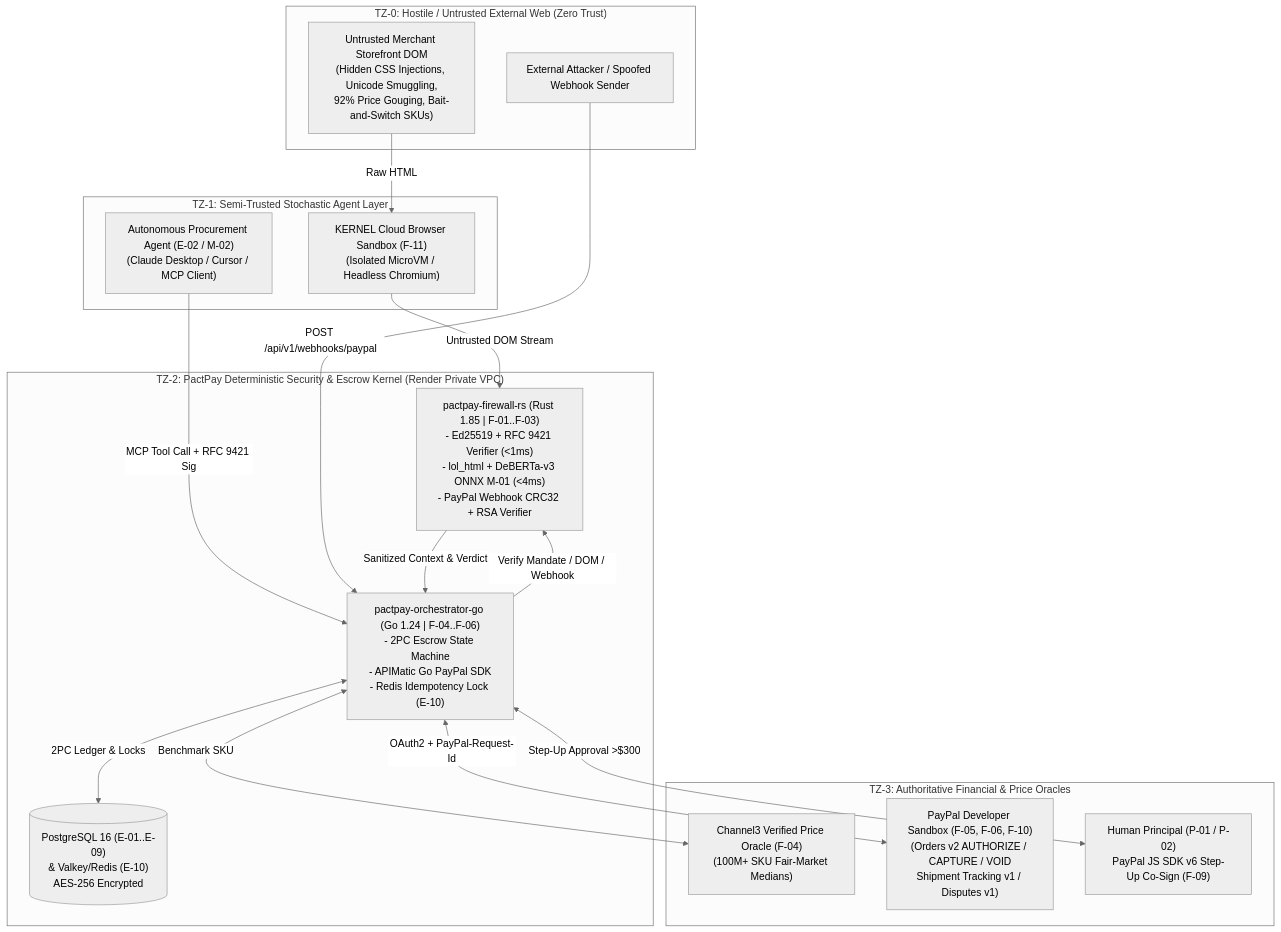
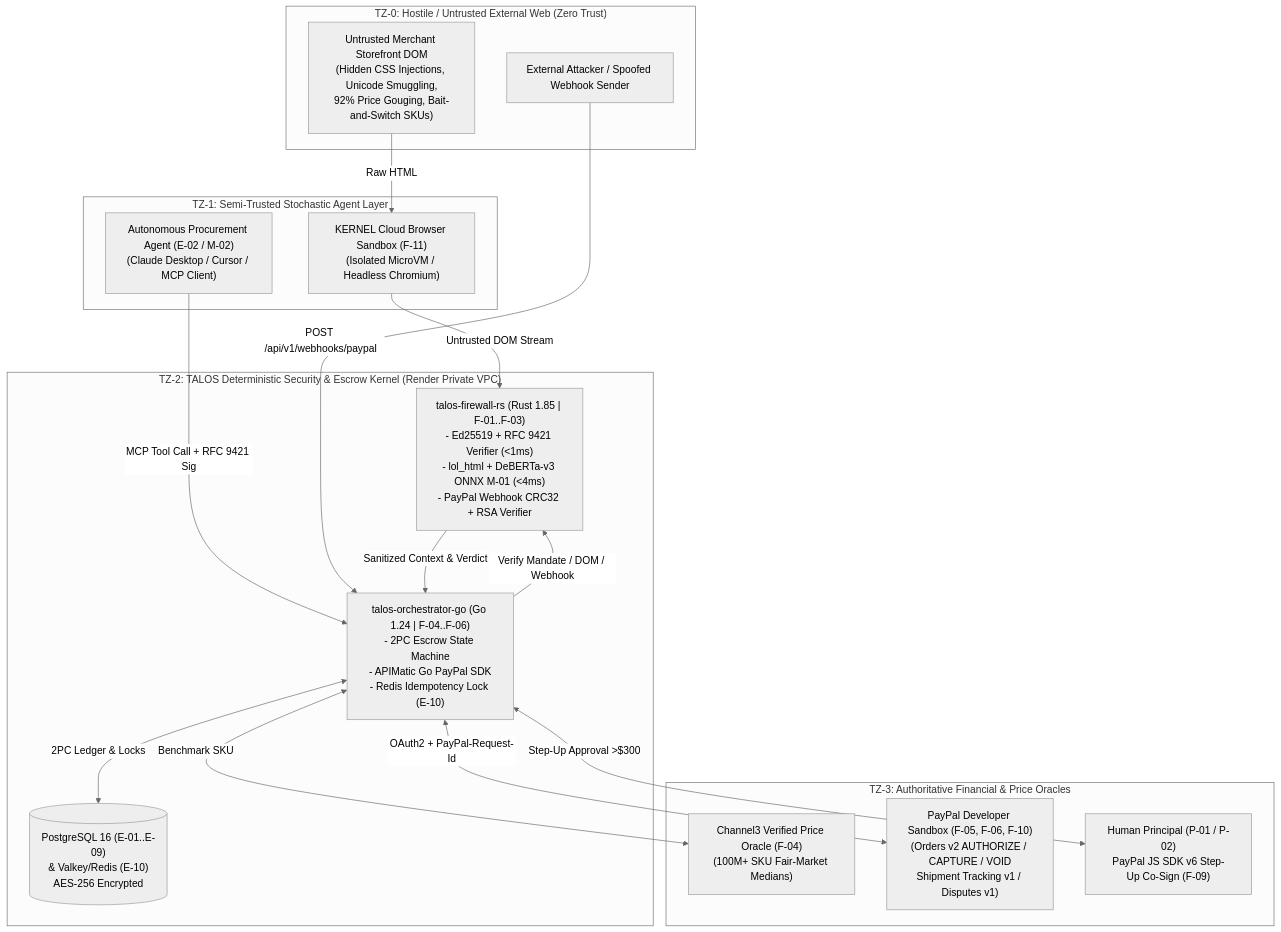
Before and after one commit to sruj08/Talos: the diagram in docs/06-security-compliance/THREAT_MODEL.md, drawn with Mermaid (neutral theme). The commit also changed other lines of this file and 457 other files, not shown here.

Commit message:
feat: initialize polyglot project architecture with comprehensive documentation, Go orchestrator, and Rust firewall services

````diff
--- a/docs/06-security-compliance/THREAT_MODEL.md
+++ b/docs/06-security-compliance/THREAT_MODEL.md
@@ -11,35 +11,35 @@
 ```mermaid
 flowchart TB
     subgraph TZ0["TZ-0: Hostile / Untrusted External Web (Zero Trust)"]
         MerchantDOM["Untrusted Merchant Storefront DOM\n(Hidden CSS Injections, Unicode Smuggling,\n92% Price Gouging, Bait-and-Switch SKUs)"]
         SpoofWebhook["External Attacker / Spoofed Webhook Sender"]
     end
 
     subgraph TZ1["TZ-1: Semi-Trusted Stochastic Agent Layer"]
         BrowserSandbox["KERNEL Cloud Browser Sandbox (F-11)\n(Isolated MicroVM / Headless Chromium)"]
         AgentLLM["Autonomous Procurement Agent (E-02 / M-02)\n(Claude Desktop / Cursor / MCP Client)"]
     end
 
-    subgraph TZ2["TZ-2: PactPay Deterministic Security & Escrow Kernel (Render Private VPC)"]
-        RustFirewall["pactpay-firewall-rs (Rust 1.85 | F-01..F-03)\n- Ed25519 + RFC 9421 Verifier (<1ms)\n- lol_html + DeBERTa-v3 ONNX M-01 (<4ms)\n- PayPal Webhook CRC32 + RSA Verifier"]
-        GoOrchestrator["pactpay-orchestrator-go (Go 1.24 | F-04..F-06)\n- 2PC Escrow State Machine\n- APIMatic Go PayPal SDK\n- Redis Idempotency Lock (E-10)"]
+    subgraph TZ2["TZ-2: TALOS Deterministic Security & Escrow Kernel (Render Private VPC)"]
+        RustFirewall["talos-firewall-rs (Rust 1.85 | F-01..F-03)\n- Ed25519 + RFC 9421 Verifier (<1ms)\n- lol_html + DeBERTa-v3 ONNX M-01 (<4ms)\n- PayPal Webhook CRC32 + RSA Verifier"]
+        GoOrchestrator["talos-orchestrator-go (Go 1.24 | F-04..F-06)\n- 2PC Escrow State Machine\n- APIMatic Go PayPal SDK\n- Redis Idempotency Lock (E-10)"]
         DataStores[("PostgreSQL 16 (E-01..E-09)\n& Valkey/Redis (E-10)\nAES-256 Encrypted")]
     end
 
     subgraph TZ3["TZ-3: Authoritative Financial & Price Oracles"]
         Channel3API["Channel3 Verified Price Oracle (F-04)\n(100M+ SKU Fair-Market Medians)"]
         PayPalSandbox["PayPal Developer Sandbox (F-05, F-06, F-10)\n(Orders v2 AUTHORIZE / CAPTURE / VOID\nShipment Tracking v1 / Disputes v1)"]
         HumanStepUp["Human Principal (P-01 / P-02)\nPayPal JS SDK v6 Step-Up Co-Sign (F-09)"]
     end
 
     MerchantDOM -->|Raw HTML| BrowserSandbox
     BrowserSandbox -->|Untrusted DOM Stream| RustFirewall
     AgentLLM -->|MCP Tool Call + RFC 9421 Sig| GoOrchestrator
     SpoofWebhook -->|POST /api/v1/webhooks/paypal| GoOrchestrator
     GoOrchestrator -->|Verify Mandate / DOM / Webhook| RustFirewall
     RustFirewall -->|Sanitized Context & Verdict| GoOrchestrator
     GoOrchestrator <-->|Benchmark SKU| Channel3API
     GoOrchestrator <-->|2PC Ledger & Locks| DataStores
     GoOrchestrator <-->|Step-Up Approval >$300| HumanStepUp
     GoOrchestrator <-->|OAuth2 + PayPal-Request-Id| PayPalSandbox
 ```
````
